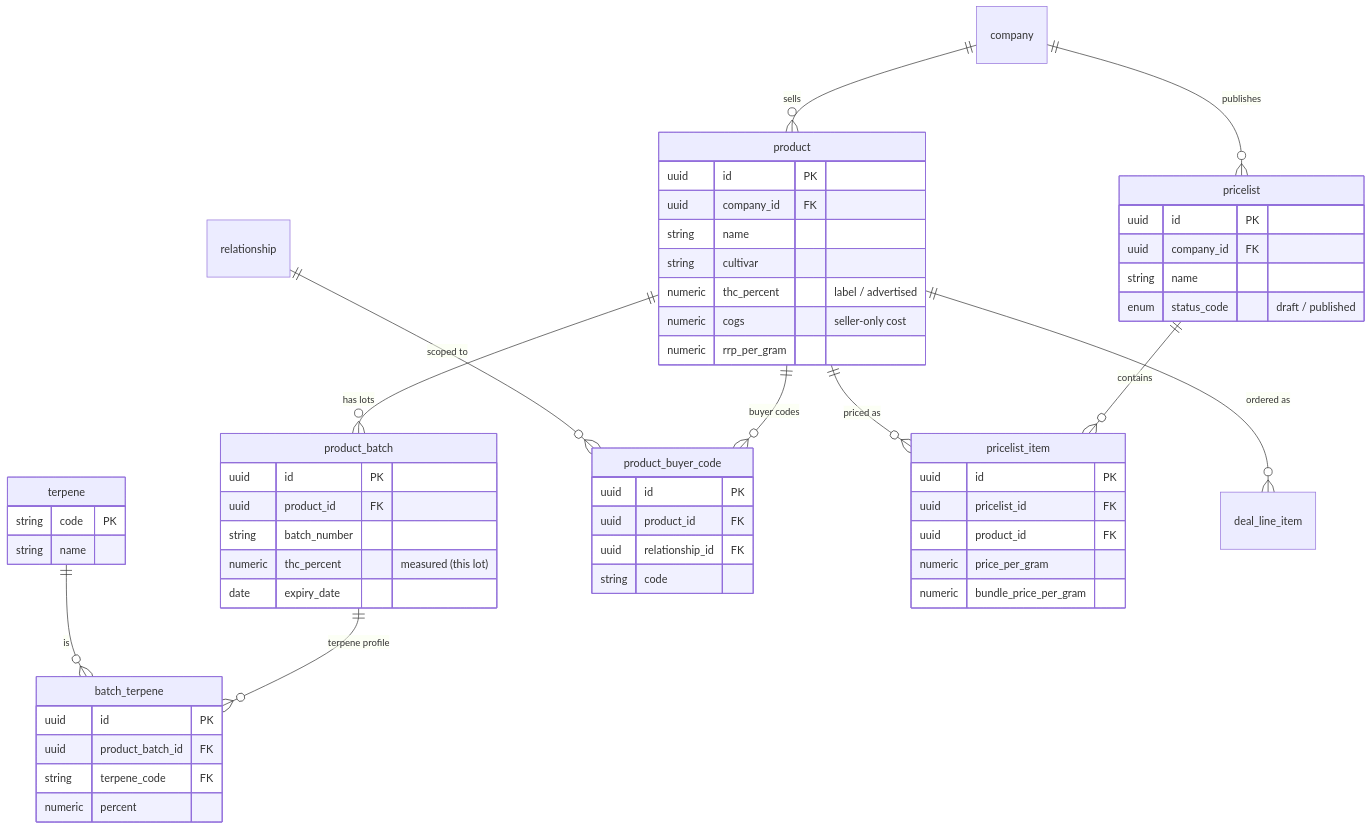
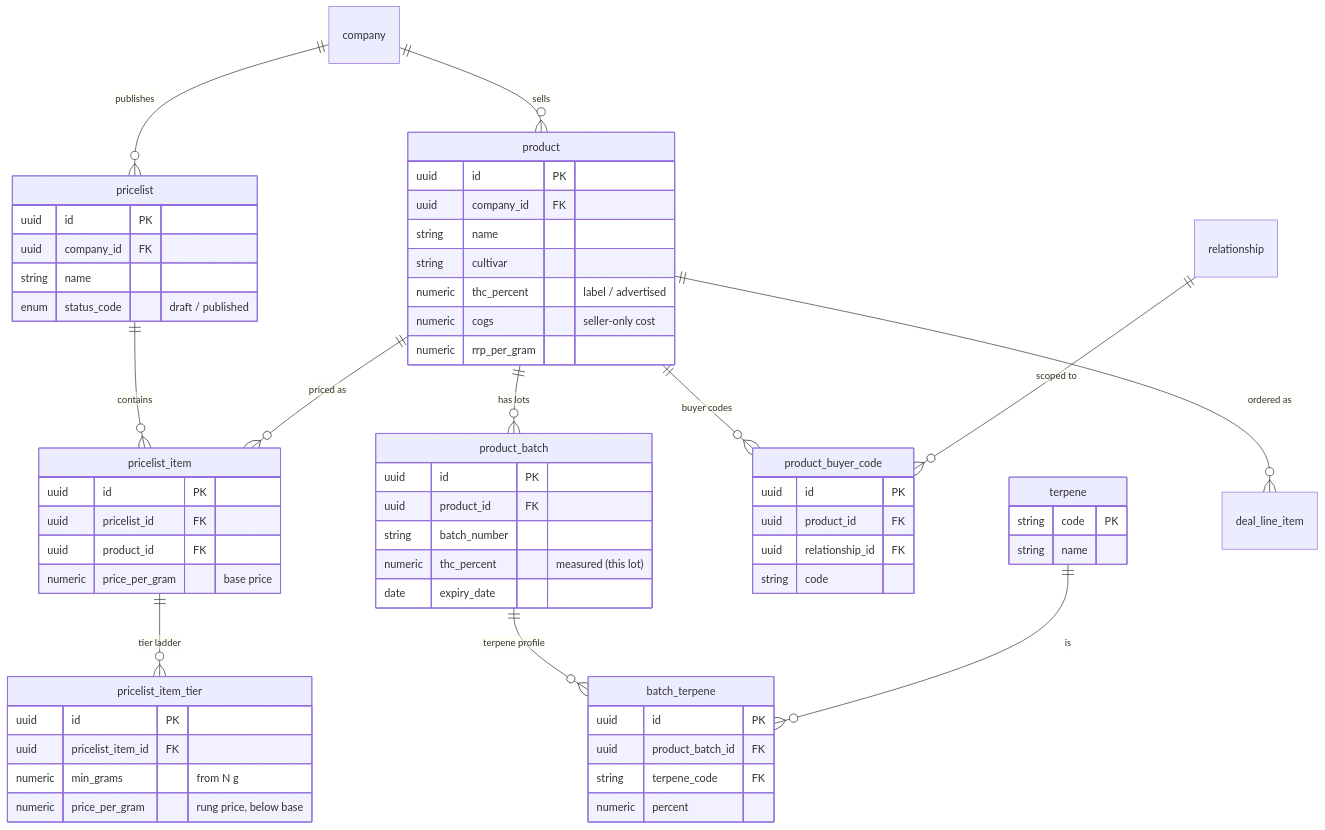
The ninth of 10 diagrams in docs/architecture/SCHEMA.md (Hello-Sello/hello-sello-mvp), drawn with Mermaid before and after one commit. The commit also changed other lines of this file and 13 other files, not shown here.

First line of the commit message:
docs(tier-ladder): T08 authorables — contract C authored HELD, ledger entry, doc drift (T08)

````diff
--- a/docs/architecture/SCHEMA.md
+++ b/docs/architecture/SCHEMA.md
@@ -353,59 +353,65 @@
 ```mermaid
 erDiagram
     company ||--o{ product : "sells"
     company ||--o{ pricelist : "publishes"
     product ||--o{ product_batch : "has lots"
     product_batch ||--o{ batch_terpene : "terpene profile"
     terpene ||--o{ batch_terpene : "is"
     product ||--o{ product_buyer_code : "buyer codes"
     relationship ||--o{ product_buyer_code : "scoped to"
     pricelist ||--o{ pricelist_item : "contains"
+    pricelist_item ||--o{ pricelist_item_tier : "tier ladder"
     product ||--o{ pricelist_item : "priced as"
     product ||--o{ deal_line_item : "ordered as"
 
     product {
         uuid id PK
         uuid company_id FK
         string name
         string cultivar
         numeric thc_percent "label / advertised"
         numeric cogs "seller-only cost"
         numeric rrp_per_gram
     }
     product_batch {
         uuid id PK
         uuid product_id FK
         string batch_number
         numeric thc_percent "measured (this lot)"
         date expiry_date
     }
     terpene {
         string code PK
         string name
     }
     batch_terpene {
         uuid id PK
         uuid product_batch_id FK
         string terpene_code FK
         numeric percent
     }
     product_buyer_code {
         uuid id PK
         uuid product_id FK
         uuid relationship_id FK
         string code
     }
     pricelist {
         uuid id PK
         uuid company_id FK
         string name
         enum status_code "draft / published"
     }
     pricelist_item {
         uuid id PK
         uuid pricelist_id FK
         uuid product_id FK
-        numeric price_per_gram
-        numeric bundle_price_per_gram
+        numeric price_per_gram "base price"
+    }
+    pricelist_item_tier {
+        uuid id PK
+        uuid pricelist_item_id FK
+        numeric min_grams "from N g"
+        numeric price_per_gram "rung price, below base"
     }
 ```
````
